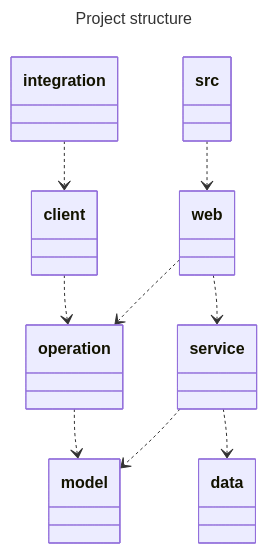
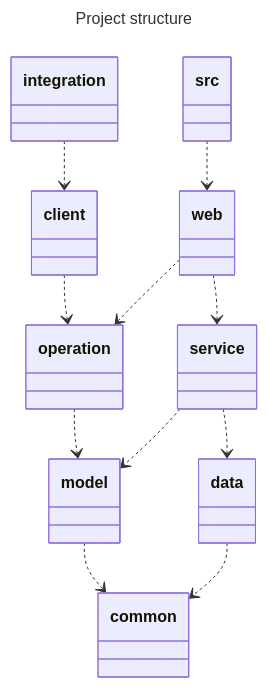
Before and after one commit to BSStudio/bss-web-admin-backend: the diagram in README.md, drawn with Mermaid.

````diff
--- a/README.md
+++ b/README.md
@@ -19,26 +19,28 @@
 ```mermaid
 ---
 title: Project structure
 ---
 classDiagram
     direction TB
 
 
     client ..> operation
     web ..> operation
     web ..> service
     service ..> data
     operation ..> model
+    model ..> common
+    data ..> common
     service ..> model
     integration ..> client
     src ..> web
 
     %% namespace server {
     %%     class src
     %%     class web
     %%     class operation
     %%     class service
     %%     class model
     %%     class data
     %% }
 ```
````
